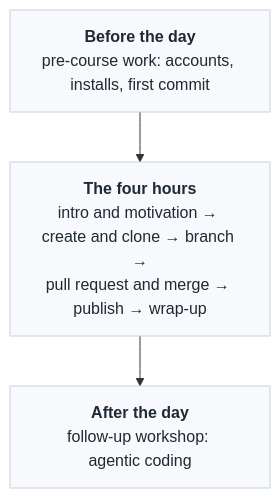
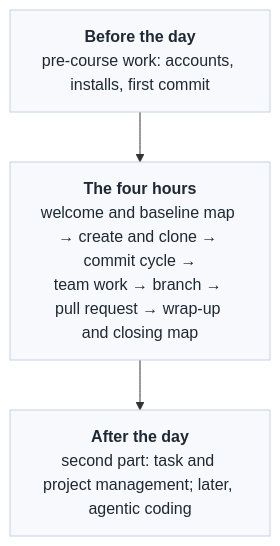
Before and after one commit to gitforsci/website: the diagram in ch-course-shape.qmd, drawn with Mermaid. The commit also changed other lines of this file and 3 other files, not shown here.

````diff
--- a/ch-course-shape.qmd
+++ b/ch-course-shape.qmd
@@ -5,10 +5,10 @@
 ```{mermaid}
 flowchart TD
     classDef layer fill:#f7f9fc,stroke:#c7d2e0,color:#1f2933;
 
     B["<b>Before the day</b><br/>pre-course work: accounts, installs, first commit"]:::layer
-    D["<b>The four hours</b><br/>intro and motivation → create and clone → branch →<br/>pull request and merge → publish → wrap-up"]:::layer
-    A["<b>After the day</b><br/>follow-up workshop: agentic coding"]:::layer
+    D["<b>The four hours</b><br/>welcome and baseline map → create and clone → commit cycle →<br/>team work → branch → pull request → wrap-up and closing map"]:::layer
+    A["<b>After the day</b><br/>second part: task and project management; later, agentic coding"]:::layer
 
     B --> D --> A
 ```
````
